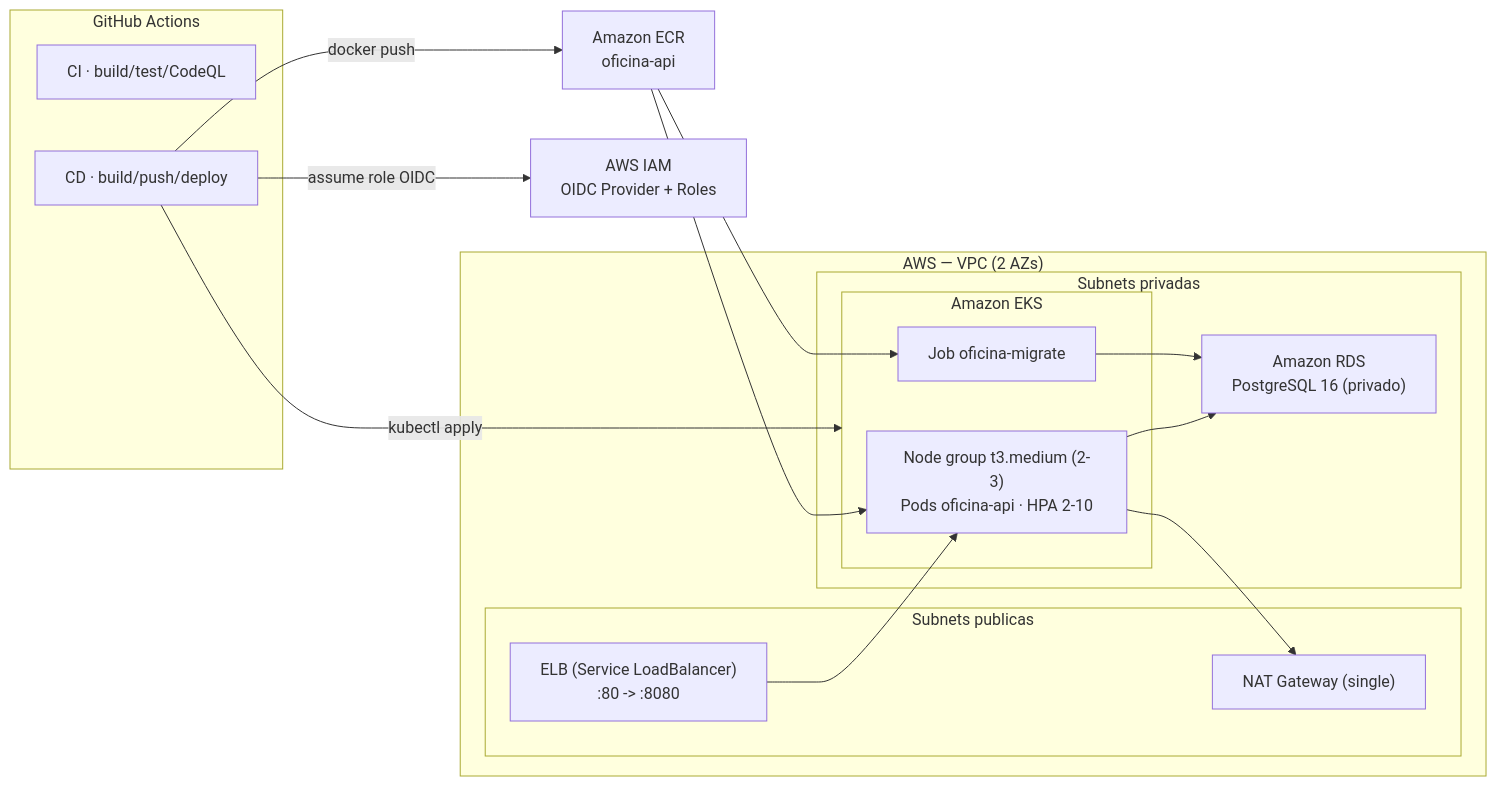
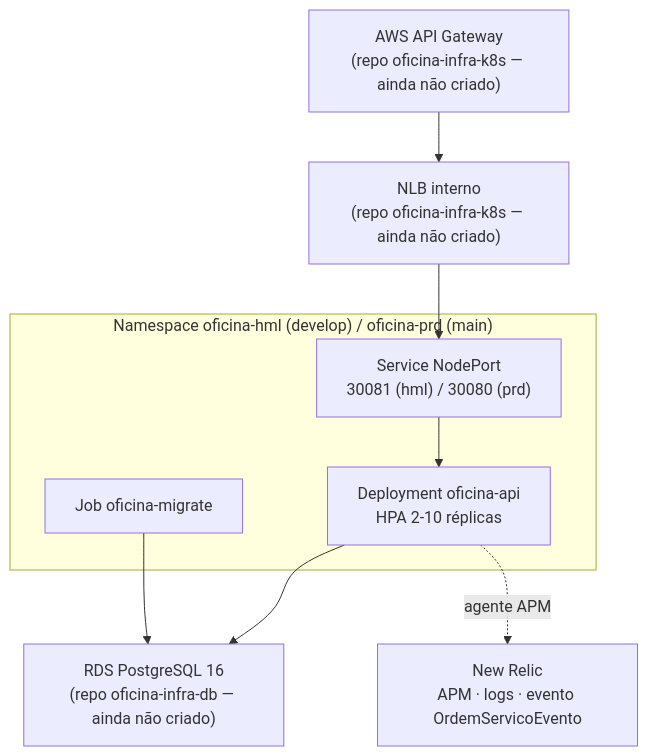
The second of 3 diagrams in README.md (lcr-thiago-fernandes/oficina-app), drawn with Mermaid before and after one commit. The commit also changed other lines of this file, not shown here.

````diff
--- a/README.md
+++ b/README.md
@@ -92,33 +124,19 @@
 ```mermaid
-flowchart LR
-    subgraph GH["GitHub Actions"]
-        CI["CI · build/test/CodeQL"]
-        CD["CD · build/push/deploy"]
-    end
-    OIDC["AWS IAM<br/>OIDC Provider + Roles"]
-    ECR["Amazon ECR<br/>oficina-api"]
+flowchart TB
+    GW["AWS API Gateway<br/>(repo oficina-infra-k8s — ainda não criado)"]
+    NLB["NLB interno<br/>(repo oficina-infra-k8s — ainda não criado)"]
 
-    subgraph AWS["AWS — VPC (2 AZs)"]
-        subgraph PUB["Subnets publicas"]
-            ELB["ELB (Service LoadBalancer)<br/>:80 -> :8080"]
-            NAT["NAT Gateway (single)"]
-        end
-        subgraph PRIV["Subnets privadas"]
-            subgraph EKS["Amazon EKS"]
-                NODES["Node group t3.medium (2-3)<br/>Pods oficina-api · HPA 2-10"]
-                JOB["Job oficina-migrate"]
-            end
-            RDS["Amazon RDS<br/>PostgreSQL 16 (privado)"]
-        end
+    subgraph NS["Namespace oficina-hml (develop) / oficina-prd (main)"]
+        SVC["Service NodePort<br/>30081 (hml) / 30080 (prd)"]
+        POD["Deployment oficina-api<br/>HPA 2-10 réplicas"]
+        JOB["Job oficina-migrate"]
     end
 
-    CD -->|assume role OIDC| OIDC
-    CD -->|docker push| ECR
-    CD -->|kubectl apply| EKS
-    ECR --> NODES
-    ECR --> JOB
-    ELB --> NODES
-    NODES --> RDS
+    RDS["RDS PostgreSQL 16<br/>(repo oficina-infra-db — ainda não criado)"]
+    NR["New Relic<br/>APM · logs · evento OrdemServicoEvento"]
+
+    GW --> NLB --> SVC --> POD
+    POD --> RDS
     JOB --> RDS
-    NODES --> NAT
+    POD -. agente APM .-> NR
 ```
````
